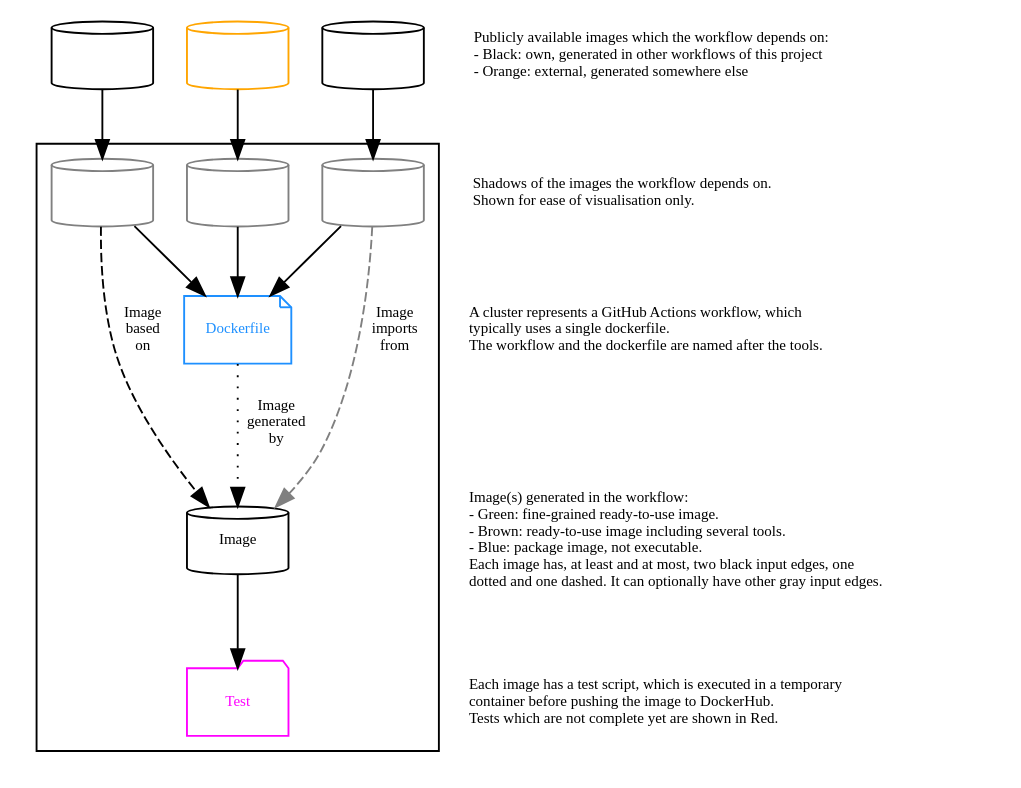
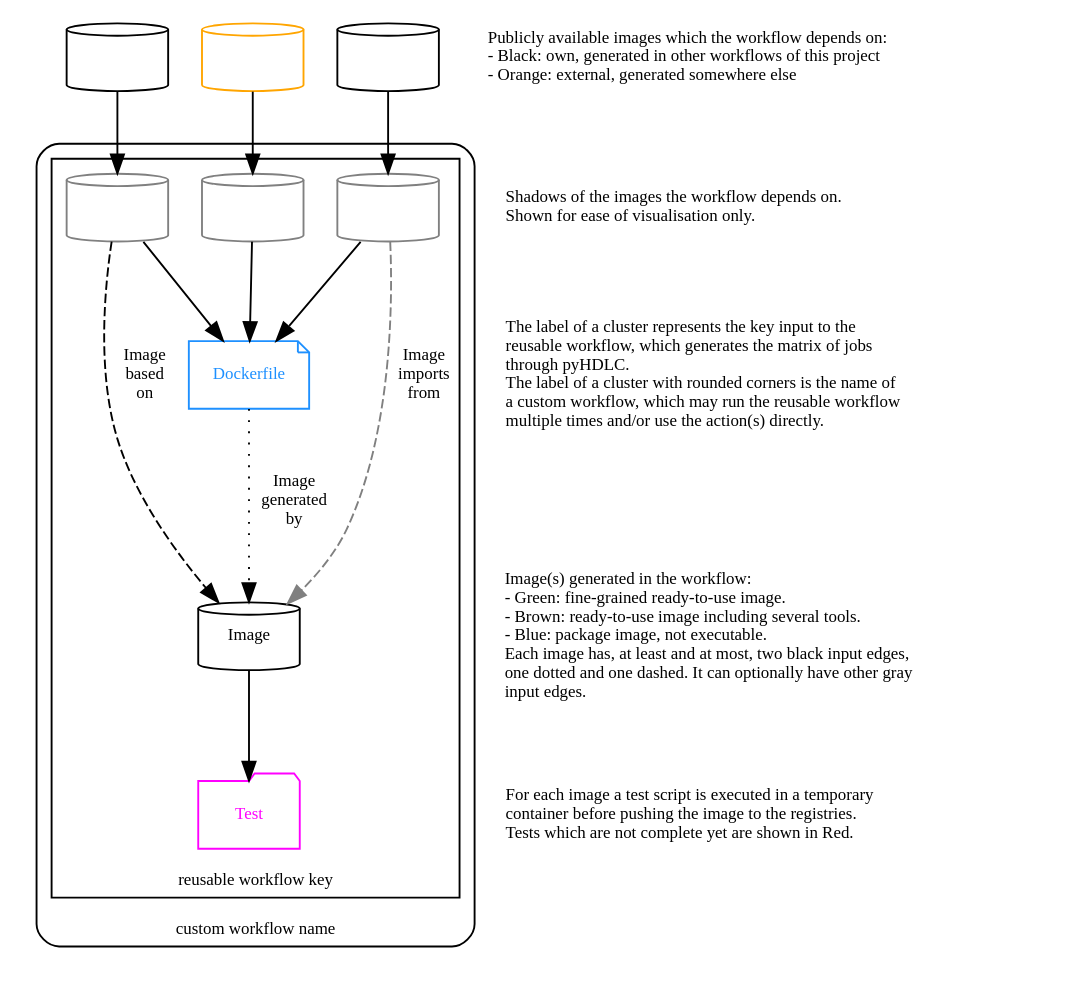
Before and after one commit to hdl/containers: the diagram in doc/graph/legend.dot, drawn with Graphviz. The commit also changed 43 other files, not shown here.

```diff
--- a/doc/graph/legend.dot
+++ b/doc/graph/legend.dot
@@ -1,75 +1,85 @@
 # Authors:
 #   Unai Martinez-Corral
 #     <umartinezcorral@antmicro.com>
 #     <unai.martinezcorral@ehu.eus>
 #
 # Copyright Unai Martinez-Corral
 #
 # Licensed under the Apache License, Version 2.0 (the "License");
 # you may not use this file except in compliance with the License.
 # You may obtain a copy of the License at
 #
 #     http://www.apache.org/licenses/LICENSE-2.0
 #
 # Unless required by applicable law or agreed to in writing, software
 # distributed under the License is distributed on an "AS IS" BASIS,
 # WITHOUT WARRANTIES OR CONDITIONS OF ANY KIND, either express or implied.
 # See the License for the specific language governing permissions and
 # limitations under the License.
 #
 # SPDX-License-Identifier: Apache-2.0
 
 digraph G {
 
   #splines=polyline; #curved
   newrank=true;
-  node [fontsize=8];
-  edge [fontsize=8];
+  graph [fontsize=9];
+  node [fontsize=9];
+  edge [fontsize=9];
+  labelloc="b";
 
   { rank=same
     image_ext [shape=cylinder, color=orange, fontcolor=orange, label=""];
     image_hdl [shape=cylinder, label=""];
     image_hdlpkg [shape=cylinder, label=""];
     deps [shape=none, label="Publicly available images which the workflow depends on:\l- Black: own, generated in other workflows of this project\l- Orange: external, generated somewhere else\l"]
   }
 
   subgraph cluster_legend {
+    label = "custom workflow name";
+    style = "rounded";
+
+  subgraph cluster_legend {
+    label = "reusable workflow key";
+    style = "";
+
     test [shape=folder, color=magenta, fontcolor=magenta, label="Test"];
     image [shape=cylinder, label="Image"];
     image_base [shape=cylinder, color=grey, fontcolor=grey, label=""];
     image_dep [shape=cylinder, color=grey, fontcolor=grey, label=""];
     image_pkg [shape=cylinder, color=grey, fontcolor=grey, label=""];
     dockerfile [shape=note, color=dodgerblue, fontcolor=dodgerblue, label="Dockerfile"];
     {
       image_base,
       image_dep,
       image_pkg
     } -> dockerfile;
     dockerfile -> image [style=dotted, label="Image\ngenerated\nby"];
     image_base -> image [style=dashed, label="Image\nbased\non"];
     image_pkg -> image [style=dashed, color=gray, label="Image\nimports\nfrom"];
     image -> test;
   }
+  }
   { rank=same
     image_base
     image_dep
     image_pkg
     shadow [shape=none, label="Shadows of the images the workflow depends on.\lShown for ease of visualisation only.\l"];
   }
   { rank=same
     dockerfile
-    workflow [shape=none, label="A cluster represents a GitHub Actions workflow, which\ltypically uses a single dockerfile.\l The workflow and the dockerfile are named after the tools.\l"];
+    workflow [shape=none, label="The label of a cluster represents the key input to the\lreusable workflow, which generates the matrix of jobs\lthrough pyHDLC.\lThe label of a cluster with rounded corners is the name of\la custom workflow, which may run the reusable workflow\lmultiple times and/or use the action(s) directly.\l"];
   }
   { rank=same
     image
-    desc [shape=none, label="Image(s) generated in the workflow:\l- Green: fine-grained ready-to-use image.\l- Brown: ready-to-use image including several tools.\l- Blue: package image, not executable.\lEach image has, at least and at most, two black input edges, one\ldotted and one dashed. It can optionally have other gray input edges.\l"];
+    desc [shape=none, label="Image(s) generated in the workflow:\l- Green: fine-grained ready-to-use image.\l- Brown: ready-to-use image including several tools.\l- Blue: package image, not executable.\lEach image has, at least and at most, two black input edges,\lone dotted and one dashed. It can optionally have other gray\linput edges.\l"];
   }
   { rank=same
     test
-    test_desc [shape=none, label="Each image has a test script, which is executed in a temporary\lcontainer before pushing the image to DockerHub.\lTests which are not complete yet are shown in Red.\l"];
+    test_desc [shape=none, label="For each image a test script is executed in a temporary\lcontainer before pushing the image to the registries.\lTests which are not complete yet are shown in Red.\l"];
   }
   image_ext -> image_dep;
   image_hdl -> image_base;
   image_hdlpkg -> image_pkg;
 
 }
```
